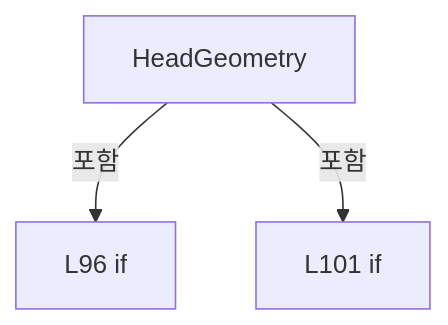
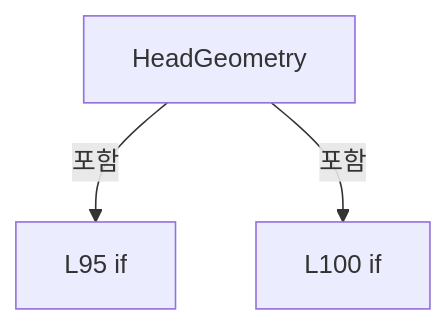
The seventh of 16 diagrams in A3 LD Code Ref/files/Drilling.Common/Correction/CDefaultOffsetCalibration.cs.md (kjuws10-rgb/Shared), drawn with Mermaid before and after one commit. The commit also changed other lines of this file and 2071 other files, not shown here.

Commit message:
docs(a3): update 11.19.0 architecture and code reference

````diff
--- a/A3 LD Code Ref/files/Drilling.Common/Correction/CDefaultOffsetCalibration.cs.md
+++ b/A3 LD Code Ref/files/Drilling.Common/Correction/CDefaultOffsetCalibration.cs.md
@@ -695,8 +695,8 @@
 ```mermaid
 flowchart TD
  M["HeadGeometry"]
- N0["L96 if"]
+ N0["L95 if"]
  M -->|포함| N0
- N1["L101 if"]
+ N1["L100 if"]
  M -->|포함| N1
 ```
````
